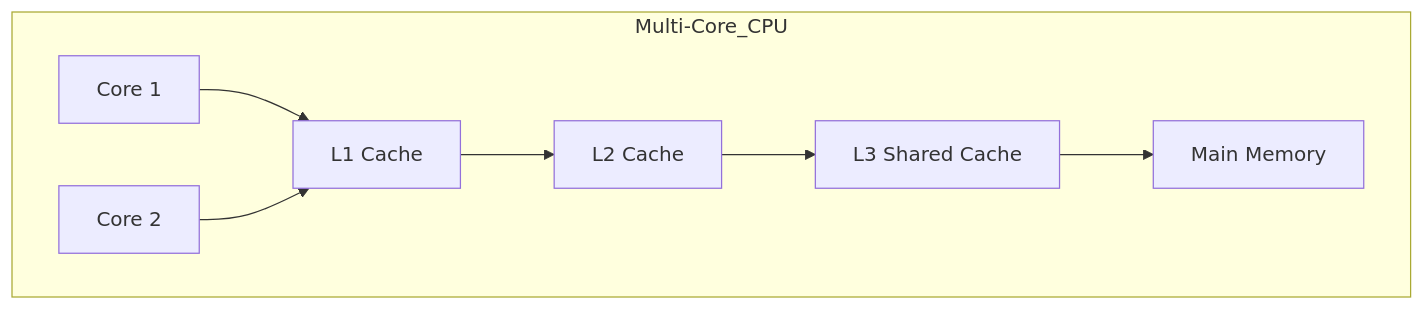
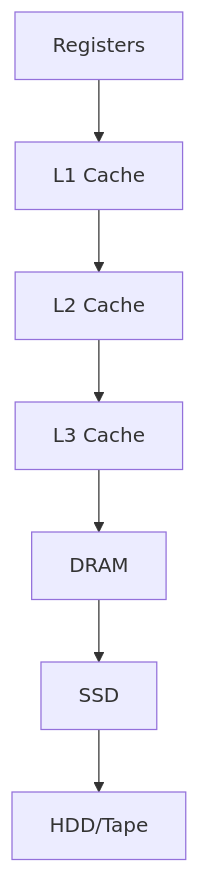
The tenth of 10 diagrams in docs/level-4/computing-skills/computer-systems-and-architecture.md (jaysalw/csref.dev), drawn with Mermaid before and after one commit. The commit also changed other lines of this file and 1 other file, not shown here.

Commit message:
fix: update Computer Architectures documentation with extended notes and diagrams for various architectures

````diff
--- a/docs/level-4/computing-skills/computer-systems-and-architecture.md
+++ b/docs/level-4/computing-skills/computer-systems-and-architecture.md
@@ -239,17 +247,4 @@
 ```mermaid
-graph TB
-  subgraph Multi-Core_CPU
-    CORE1[Core 1]
-    CORE2[Core 2]
-    L1C[L1 Cache]
-    L2C[L2 Cache]
-    L3C[L3 Shared Cache]
-    MEM[Main Memory]
-  end
-
-  CORE1 --> L1C
-  CORE2 --> L1C
-  L1C --> L2C
-  L2C --> L3C
-  L3C --> MEM
+flowchart TB
+  REG[Registers] --> L1[L1 Cache] --> L2[L2 Cache] --> L3[L3 Cache] --> MEM[DRAM] --> SSD[SSD] --> HDD[HDD/Tape]
 ```
````
